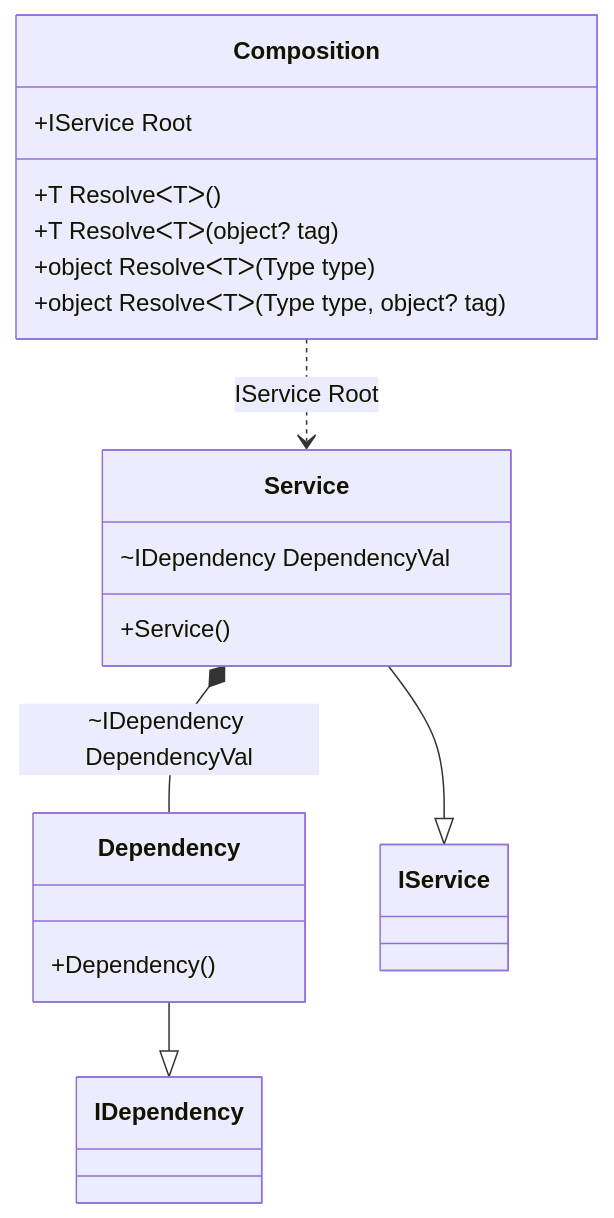
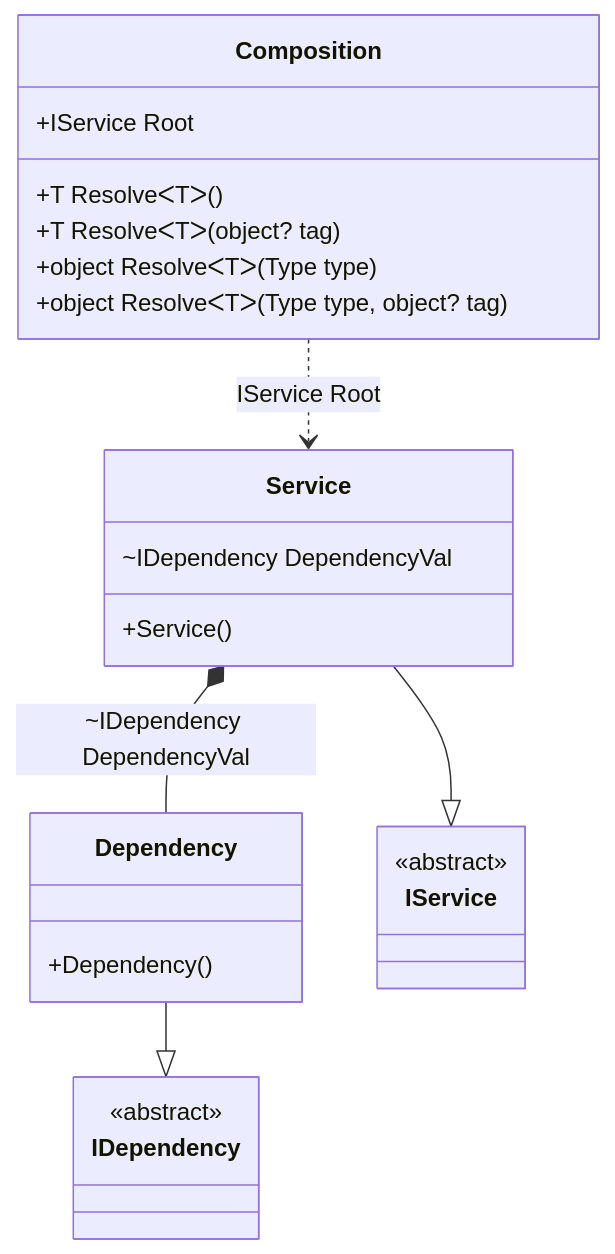
Diagram 11 of 35 in readme/Examples.md (DevTeam/Pure.DI), drawn with Mermaid before and after one commit. The commit also changed other lines of this file and 3 other files, not shown here.

````diff
--- a/readme/Examples.md
+++ b/readme/Examples.md
@@ -758,21 +818,27 @@
 ```mermaid
 classDiagram
-class Composition {
-+IService Root
-+T ResolveᐸTᐳ()
-+T ResolveᐸTᐳ(object? tag)
-+object ResolveᐸTᐳ(Type type)
-+object ResolveᐸTᐳ(Type type, object? tag)
-}
-Dependency --|> IDependency : 
-class Dependency {
-+Dependency()
-}
-Service --|> IService : 
-class Service {
-+Service()
-~IDependency DependencyVal
-}
-Service *--  Dependency : ~IDependency DependencyVal
-Composition ..> Service : IService Root
+  class Composition {
+    +IService Root
+    +T ResolveᐸTᐳ()
+    +T ResolveᐸTᐳ(object? tag)
+    +object ResolveᐸTᐳ(Type type)
+    +object ResolveᐸTᐳ(Type type, object? tag)
+  }
+  Dependency --|> IDependency : 
+  class Dependency {
+    +Dependency()
+  }
+  Service --|> IService : 
+  class Service {
+    +Service()
+    ~IDependency DependencyVal
+  }
+  class IDependency {
+    <<abstract>>
+  }
+  class IService {
+    <<abstract>>
+  }
+  Service *--  Dependency : ~IDependency DependencyVal
+  Composition ..> Service : IService Root
 ```
````
